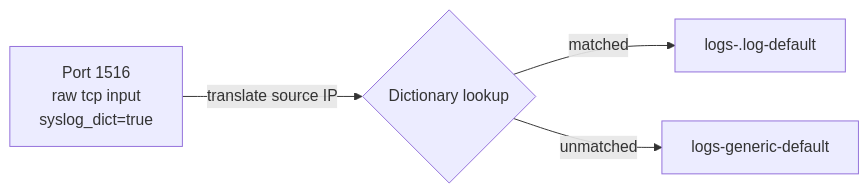
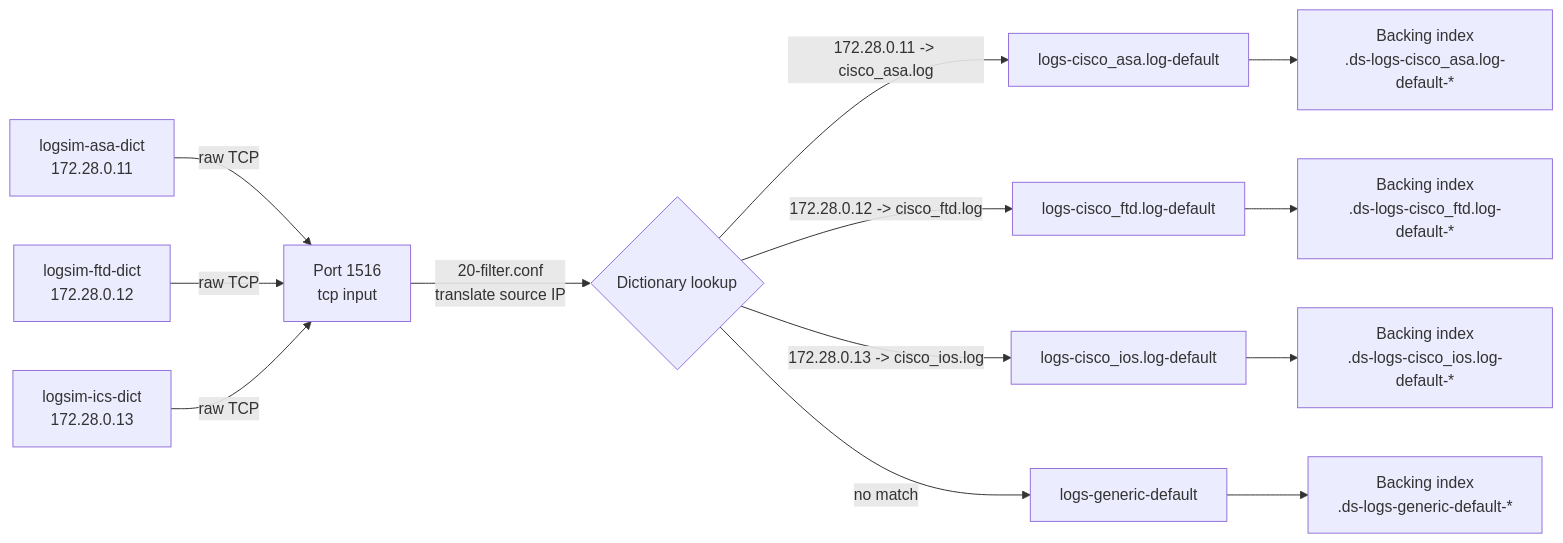
The fourth of 4 diagrams in README.md (matthew-hollick/elastic-logstash-lab), drawn with Mermaid before and after one commit. The commit also changed other lines of this file, not shown here.

First line of the commit message:
Review and update README data flow diagrams and run instructions

````diff
--- a/README.md
+++ b/README.md
@@ -90,6 +125,15 @@
 ```mermaid
 flowchart LR
-    A["Port 1516<br/>raw tcp input<br/>syslog_dict=true"] -->|"translate source IP"| B{"Dictionary lookup"}
-    B -->|"matched"| C["logs-<integration>.log-default"]
-    B -->|"unmatched"| D["logs-generic-default"]
+    A[logsim-asa-dict<br/>172.28.0.11] -->|"raw TCP"| B["Port 1516<br/>tcp input"]
+    C[logsim-ftd-dict<br/>172.28.0.12] -->|"raw TCP"| B
+    D[logsim-ics-dict<br/>172.28.0.13] -->|"raw TCP"| B
+    B -->|"20-filter.conf<br/>translate source IP"| E{"Dictionary lookup"}
+    E -->|"172.28.0.11 -> cisco_asa.log"| F["logs-cisco_asa.log-default"]
+    E -->|"172.28.0.12 -> cisco_ftd.log"| G["logs-cisco_ftd.log-default"]
+    E -->|"172.28.0.13 -> cisco_ios.log"| H["logs-cisco_ios.log-default"]
+    E -->|"no match"| I["logs-generic-default"]
+    F --> J["Backing index<br/>.ds-logs-cisco_asa.log-default-*"]
+    G --> K["Backing index<br/>.ds-logs-cisco_ftd.log-default-*"]
+    H --> L["Backing index<br/>.ds-logs-cisco_ios.log-default-*"]
+    I --> M["Backing index<br/>.ds-logs-generic-default-*"]
 ```
````
